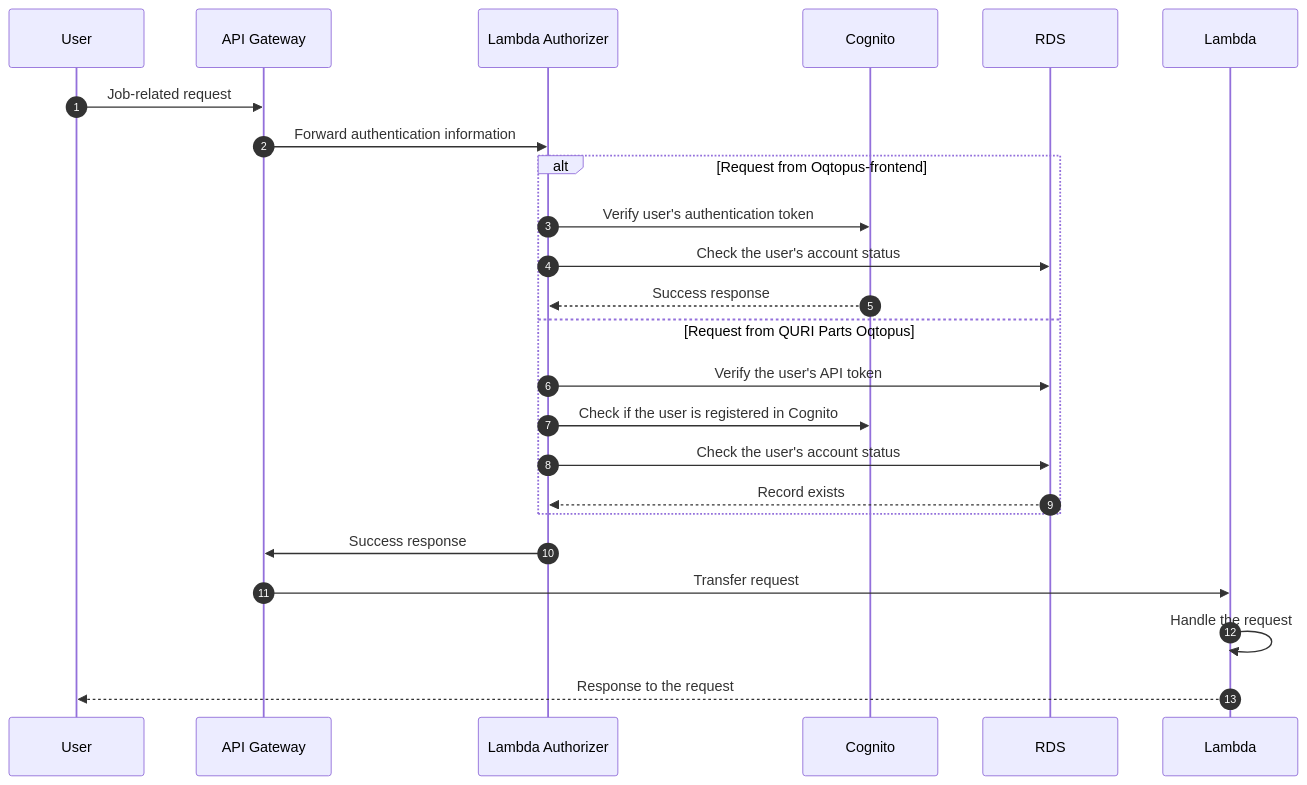
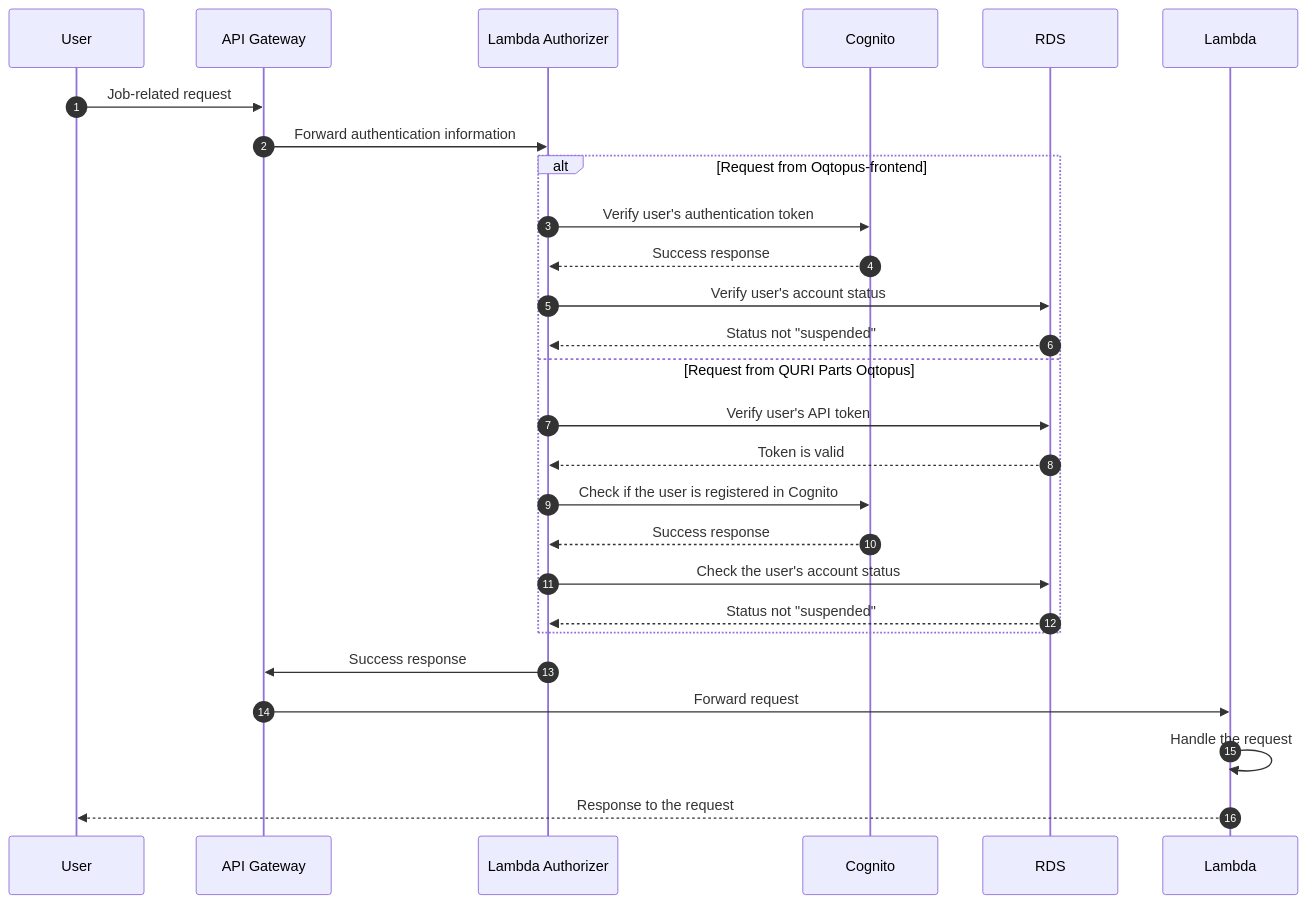
The diagram in docs/en/architecture/frontend_authentication_flow.md (oqtopus-team/oqtopus-cloud), drawn with Mermaid before and after one commit.

Commit message:
fix: refine account status verification in frontend authentication flow

````diff
--- a/docs/en/architecture/frontend_authentication_flow.md
+++ b/docs/en/architecture/frontend_authentication_flow.md
@@ -28,27 +28,30 @@
 ```mermaid
 sequenceDiagram
     autonumber
     participant U as User
     participant AG as API Gateway
     participant LA as Lambda Authorizer
     participant C as Cognito
     participant DB as RDS
     participant L as Lambda
 
     U->>AG: Job-related request
     AG->>LA: Forward authentication information
     alt Request from Oqtopus-frontend
       LA->>C: Verify user's authentication token
+      C-->>LA: Success response
+      LA->>DB: Verify user's account status
+      DB-->>LA: Status not "suspended"
+    else Request from QURI Parts Oqtopus
+      LA->>DB: Verify user's API token
+      DB-->>LA: Token is valid
+      LA->>C: Check if the user is registered in Cognito
+      C-->>LA: Success response
       LA->>DB: Check the user's account status
-      C-->>LA: Success response
-    else Request from QURI Parts Oqtopus
-      LA->>DB: Verify the user's API token
-      LA->>C: Check if the user is registered in Cognito
-      LA->>DB: Check the user's account status
-      DB-->>LA: Record exists
+      DB-->>LA: Status not "suspended"
     end
     LA->>AG: Success response
-    AG->>L: Transfer request
+    AG->>L: Forward request
     L->>L: Handle the request
     L-->>U: Response to the request
 ```
````
